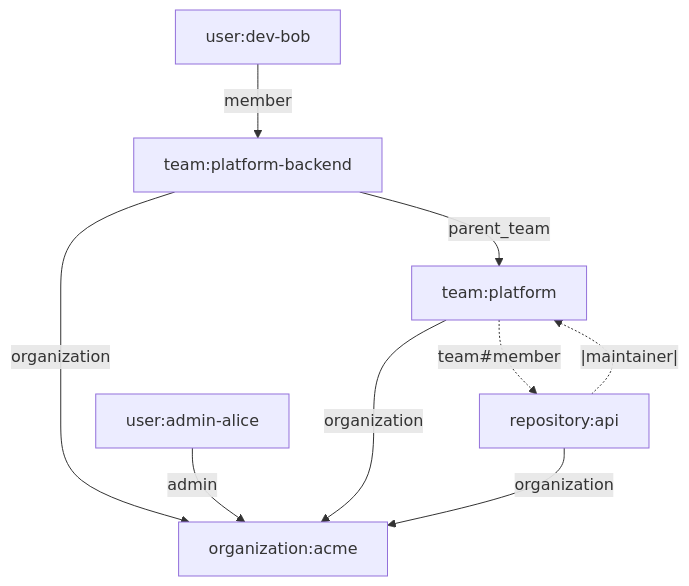
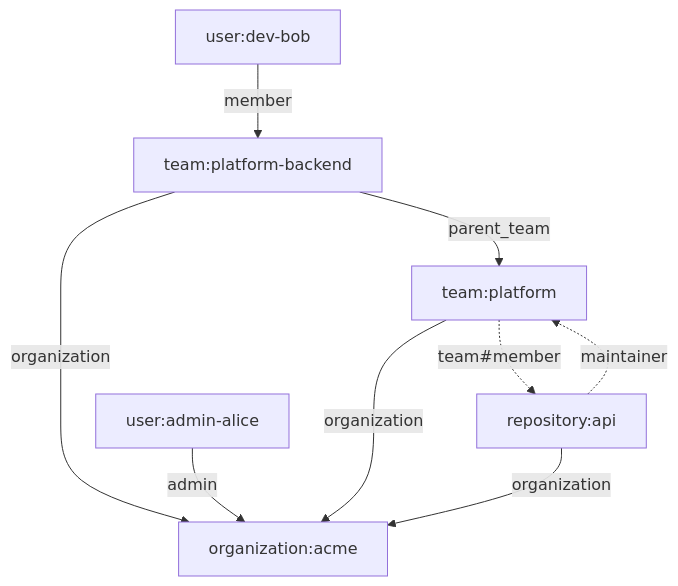
Before and after one commit to hobeen-kim/hobeen-kim.github.io: the second of 2 diagrams in docs/_study/spicedb/05-modeling-patterns.md, drawn with Mermaid. The commit also changed other lines of this file and 15 other files, not shown here.

````diff
--- a/docs/_study/spicedb/05-modeling-patterns.md
+++ b/docs/_study/spicedb/05-modeling-patterns.md
@@ -143,17 +144,17 @@
 ```mermaid
 flowchart TB
   ORG[organization:acme]
   T1[team:platform]
   T2[team:platform-backend]
   R1[repository:api]
   T1 -->|organization| ORG
   T2 -->|organization| ORG
   T2 -->|parent_team| T1
   R1 -->|organization| ORG
   U1[user:admin-alice]
   U1 -->|admin| ORG
   U2[user:dev-bob]
   U2 -->|member| T2
   T1 -. team#member .-> R1
-  R1 -.|maintainer|.-> T1
+  R1 -. maintainer .-> T1
 ```
````
